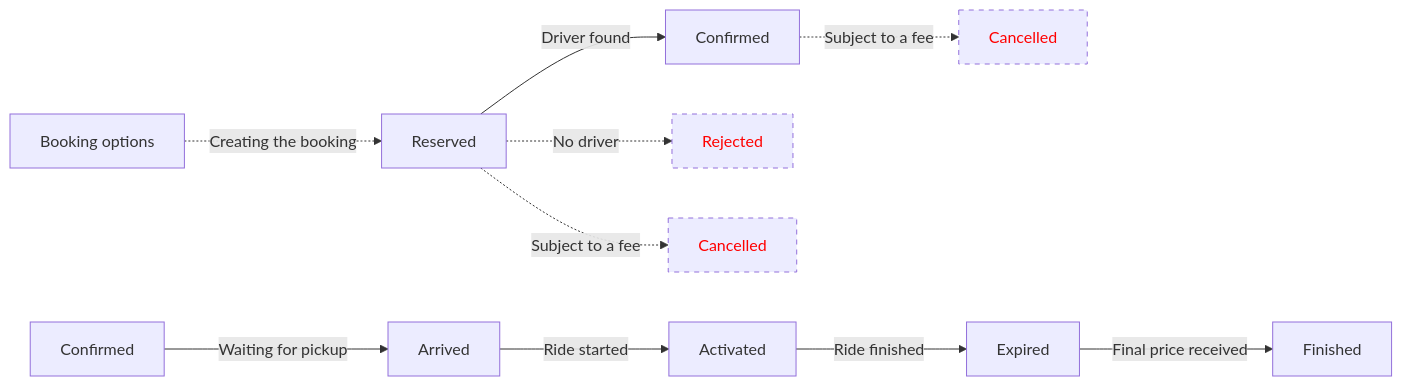
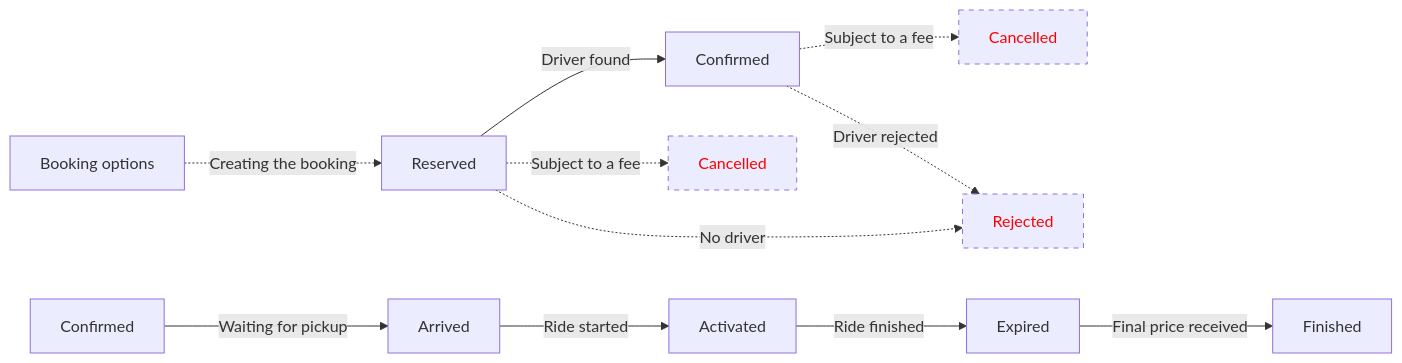
The diagram in specs/workflow/taxi.mmd (huksley/maas-tsp-api), drawn with Mermaid before and after one commit. The commit also changed 10 other files, not shown here.

```diff
--- a/specs/workflow/taxi.mmd
+++ b/specs/workflow/taxi.mmd
@@ -1,15 +1,16 @@
 %% MermaidJS workflow graph for Taxi TSP
 %% Use https://mermaid-js.github.io/mermaid-live-editor/ to edit
 graph LR
     Options[Booking options] -.->|Creating the booking| Reserved
     Confirmed -.->|Subject to a fee| Cancelled
+    Confirmed -.->|Driver rejected| Rejected
     Reserved -.->|No driver| Rejected
     Reserved -->|Driver found| Confirmed
     Reserved -.->|Subject to a fee| Cancelled2["Cancelled"]
     Confirmed2[Confirmed] -->|Waiting for pickup| Arrived
     Arrived -->|Ride started| Activated
     Activated -->|Ride finished| Expired
     Expired -->|Final price received| Finished
     style Cancelled color:red,stroke-dasharray: 5, 5
     style Cancelled2 color:red,stroke-dasharray: 5, 5
     style Rejected color:red,stroke-dasharray: 5, 5
```
